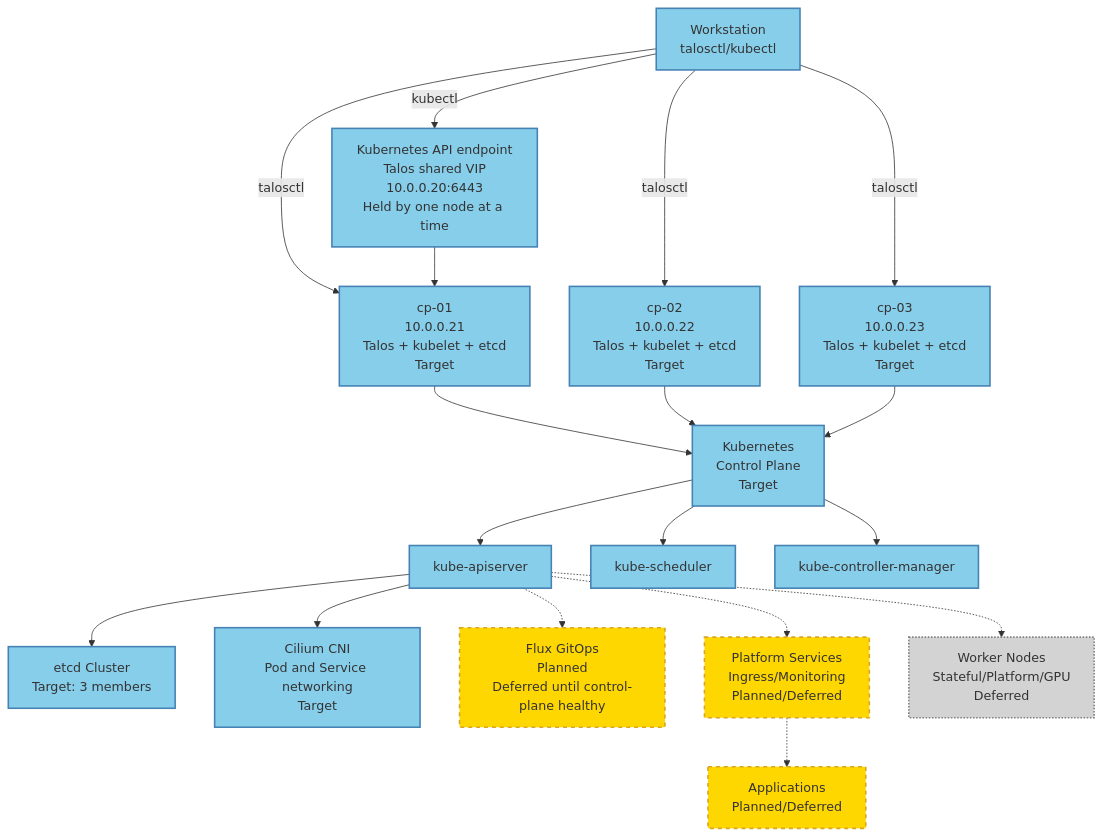
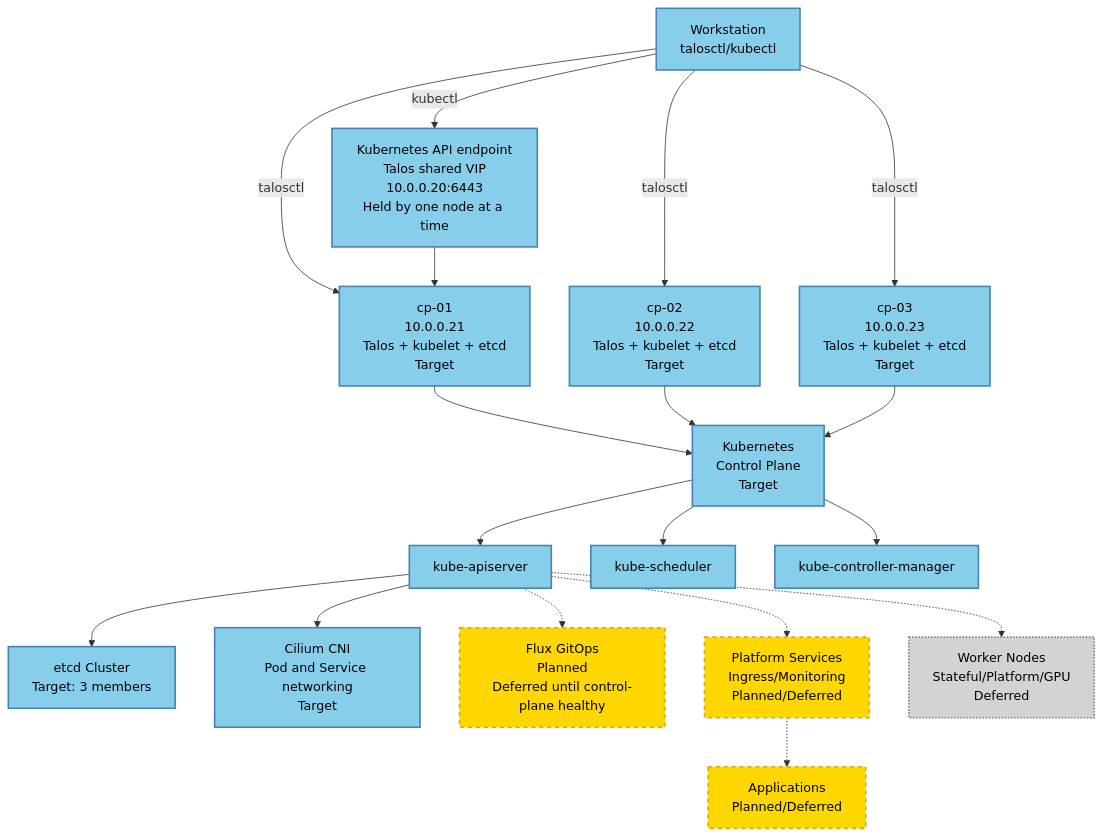
One commit to Okja-Engineering/home-lab changed the diagram in diagrams/logical-cluster-topology.md. Above: the diagram before and after it, drawn with Mermaid. The commit also changed other lines of this file and 8 other files, not shown here.

````diff
--- a/diagrams/logical-cluster-topology.md
+++ b/diagrams/logical-cluster-topology.md
@@ -13,44 +13,44 @@
 ```mermaid
 graph TB
     Workstation[Workstation<br/>talosctl/kubectl]
     VIP[Kubernetes API endpoint<br/>Talos shared VIP<br/>10.0.0.20:6443<br/>Held by one node at a time]
     cp01[cp-01<br/>10.0.0.21<br/>Talos + kubelet + etcd<br/>Target]
     cp02[cp-02<br/>10.0.0.22<br/>Talos + kubelet + etcd<br/>Target]
     cp03[cp-03<br/>10.0.0.23<br/>Talos + kubelet + etcd<br/>Target]
     etcd[etcd Cluster<br/>Target: 3 members]
     k8s[Kubernetes<br/>Control Plane<br/>Target]
     apiserver[kube-apiserver]
     scheduler[kube-scheduler]
     controller[kube-controller-manager]
     Cilium[Cilium CNI<br/>Pod and Service networking<br/>Target]
     Flux[Flux GitOps<br/>Planned<br/>Deferred until control-plane healthy]
     Platform[Platform Services<br/>Ingress/Monitoring<br/>Planned/Deferred]
     Apps[Applications<br/>Planned/Deferred]
     Workers[Worker Nodes<br/>Stateful/Platform/GPU<br/>Deferred]
 
     Workstation -->|kubectl| VIP
     Workstation -->|talosctl| cp01
     Workstation -->|talosctl| cp02
     Workstation -->|talosctl| cp03
     VIP --> cp01
     cp01 --> k8s
     cp02 --> k8s
     cp03 --> k8s
     k8s --> apiserver
     k8s --> scheduler
     k8s --> controller
     apiserver --> etcd
     apiserver --> Cilium
     apiserver -.-> Flux
     apiserver -.-> Platform
     Platform -.-> Apps
     apiserver -.-> Workers
 
-    classDef target fill:#87CEEB,stroke:#4682B4,stroke-width:2px
-    classDef planned fill:#FFD700,stroke:#DAA520,stroke-width:2px,stroke-dasharray: 5 5
-    classDef future fill:#D3D3D3,stroke:#808080,stroke-width:2px,stroke-dasharray: 2 2
+    classDef target fill:#87CEEB,stroke:#4682B4,stroke-width:2px,color:#000
+    classDef planned fill:#FFD700,stroke:#DAA520,stroke-width:2px,stroke-dasharray: 5 5,color:#000
+    classDef future fill:#D3D3D3,stroke:#808080,stroke-width:2px,stroke-dasharray: 2 2,color:#000
 
     class Workstation,VIP,cp01,cp02,cp03,etcd,k8s,apiserver,scheduler,controller,Cilium target
     class Flux,Platform,Apps planned
     class Workers future
 ```
````
